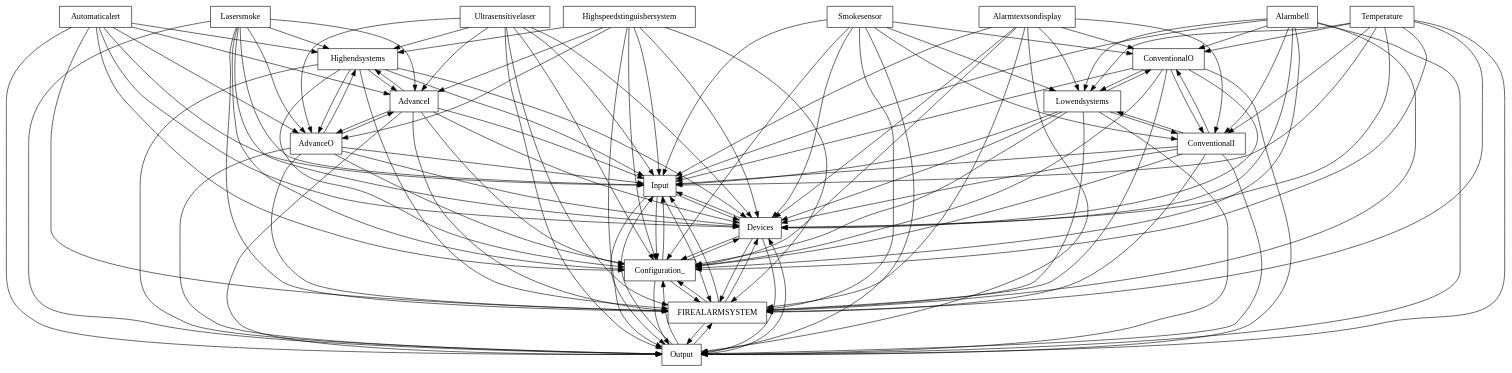
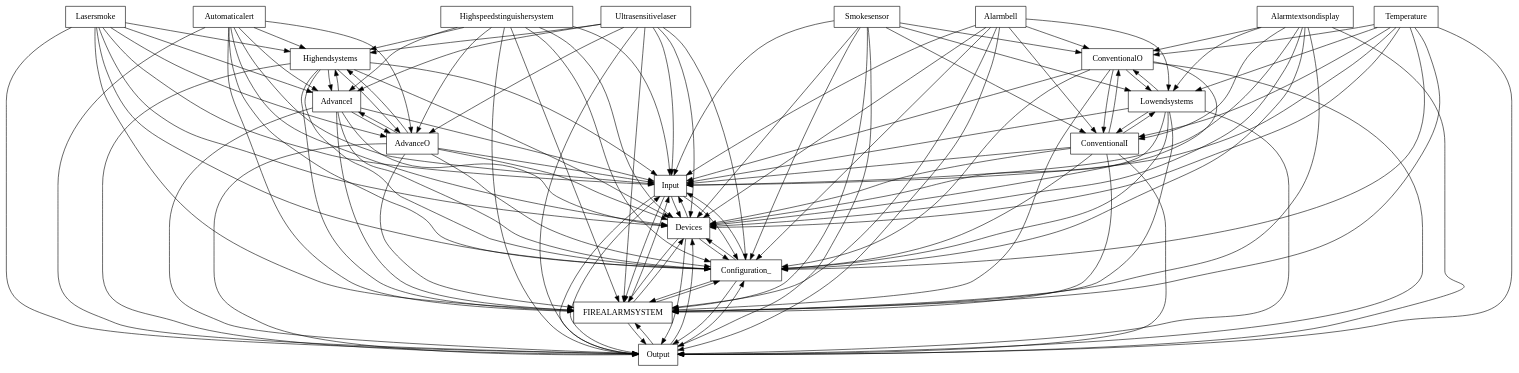
One commit to FAMILIAR-project/familiar-language changed the diagram in FAMILIAR/output/SPLOT-big/fm_51_model_20101110_1749898936.xml.dot. Above: the diagram before and after it, drawn with Graphviz. The commit also changed 204 other files, not shown here.

```diff
--- a/FAMILIAR/output/SPLOT-big/fm_51_model_20101110_1749898936.xml.dot
+++ b/FAMILIAR/output/SPLOT-big/fm_51_model_20101110_1749898936.xml.dot
@@ -1,150 +1,150 @@
 digraph{
 graph [rankdir=TB];
 node [shape=box];
 edge [arrowhead=normal];
 0[label="Highspeedstinguishersystem",]
 1[label="Input",]
 2[label="Automaticalert",]
 3[label="Highendsystems",]
 4[label="Devices",]
 5[label="Temperature",]
 6[label="Output",]
 7[label="Lasersmoke",]
 8[label="FIREALARMSYSTEM",]
 9[label="ConventionalO",]
 10[label="Lowendsystems",]
-11[label="AdvanceI",]
+11[label="ConventionalI",]
 12[label="Ultrasensitivelaser",]
-13[label="ConventionalI",]
+13[label="AdvanceI",]
 14[label="Configuration_",]
 15[label="AdvanceO",]
 16[label="Alarmtextsondisplay",]
 17[label="Alarmbell",]
 18[label="Smokesensor",]
 0->1[label="",]
 0->3[label="",]
 0->4[label="",]
 0->6[label="",]
 0->8[label="",]
-0->11[label="",]
+0->13[label="",]
 0->14[label="",]
 0->15[label="",]
 1->4[label="",]
 1->6[label="",]
 1->8[label="",]
 1->14[label="",]
 2->1[label="",]
 2->3[label="",]
 2->4[label="",]
 2->6[label="",]
 2->8[label="",]
-2->11[label="",]
+2->13[label="",]
 2->14[label="",]
 2->15[label="",]
 3->1[label="",]
 3->4[label="",]
 3->6[label="",]
 3->8[label="",]
-3->11[label="",]
+3->13[label="",]
 3->14[label="",]
 3->15[label="",]
 4->1[label="",]
 4->6[label="",]
 4->8[label="",]
 4->14[label="",]
 5->1[label="",]
 5->4[label="",]
 5->6[label="",]
 5->8[label="",]
 5->9[label="",]
 5->10[label="",]
-5->13[label="",]
+5->11[label="",]
 5->14[label="",]
 6->1[label="",]
 6->4[label="",]
 6->8[label="",]
 6->14[label="",]
 7->1[label="",]
 7->3[label="",]
 7->4[label="",]
 7->6[label="",]
 7->8[label="",]
-7->11[label="",]
+7->13[label="",]
 7->14[label="",]
 7->15[label="",]
 8->1[label="",]
 8->4[label="",]
 8->6[label="",]
 8->14[label="",]
 9->1[label="",]
 9->4[label="",]
 9->6[label="",]
 9->8[label="",]
 9->10[label="",]
-9->13[label="",]
+9->11[label="",]
 9->14[label="",]
 10->1[label="",]
 10->4[label="",]
 10->6[label="",]
 10->8[label="",]
 10->9[label="",]
-10->13[label="",]
+10->11[label="",]
 10->14[label="",]
 11->1[label="",]
-11->3[label="",]
 11->4[label="",]
 11->6[label="",]
 11->8[label="",]
+11->9[label="",]
+11->10[label="",]
 11->14[label="",]
-11->15[label="",]
 12->1[label="",]
 12->3[label="",]
 12->4[label="",]
 12->6[label="",]
 12->8[label="",]
-12->11[label="",]
+12->13[label="",]
 12->14[label="",]
 12->15[label="",]
 13->1[label="",]
+13->3[label="",]
 13->4[label="",]
 13->6[label="",]
 13->8[label="",]
-13->9[label="",]
-13->10[label="",]
 13->14[label="",]
+13->15[label="",]
 14->1[label="",]
 14->4[label="",]
 14->6[label="",]
 14->8[label="",]
 15->1[label="",]
 15->3[label="",]
 15->4[label="",]
 15->6[label="",]
 15->8[label="",]
-15->11[label="",]
+15->13[label="",]
 15->14[label="",]
 16->1[label="",]
 16->4[label="",]
 16->6[label="",]
 16->8[label="",]
 16->9[label="",]
 16->10[label="",]
-16->13[label="",]
+16->11[label="",]
 16->14[label="",]
 17->1[label="",]
 17->4[label="",]
 17->6[label="",]
 17->8[label="",]
 17->9[label="",]
 17->10[label="",]
-17->13[label="",]
+17->11[label="",]
 17->14[label="",]
 18->1[label="",]
 18->4[label="",]
 18->6[label="",]
 18->8[label="",]
 18->9[label="",]
 18->10[label="",]
-18->13[label="",]
+18->11[label="",]
 18->14[label="",]
 }
```
